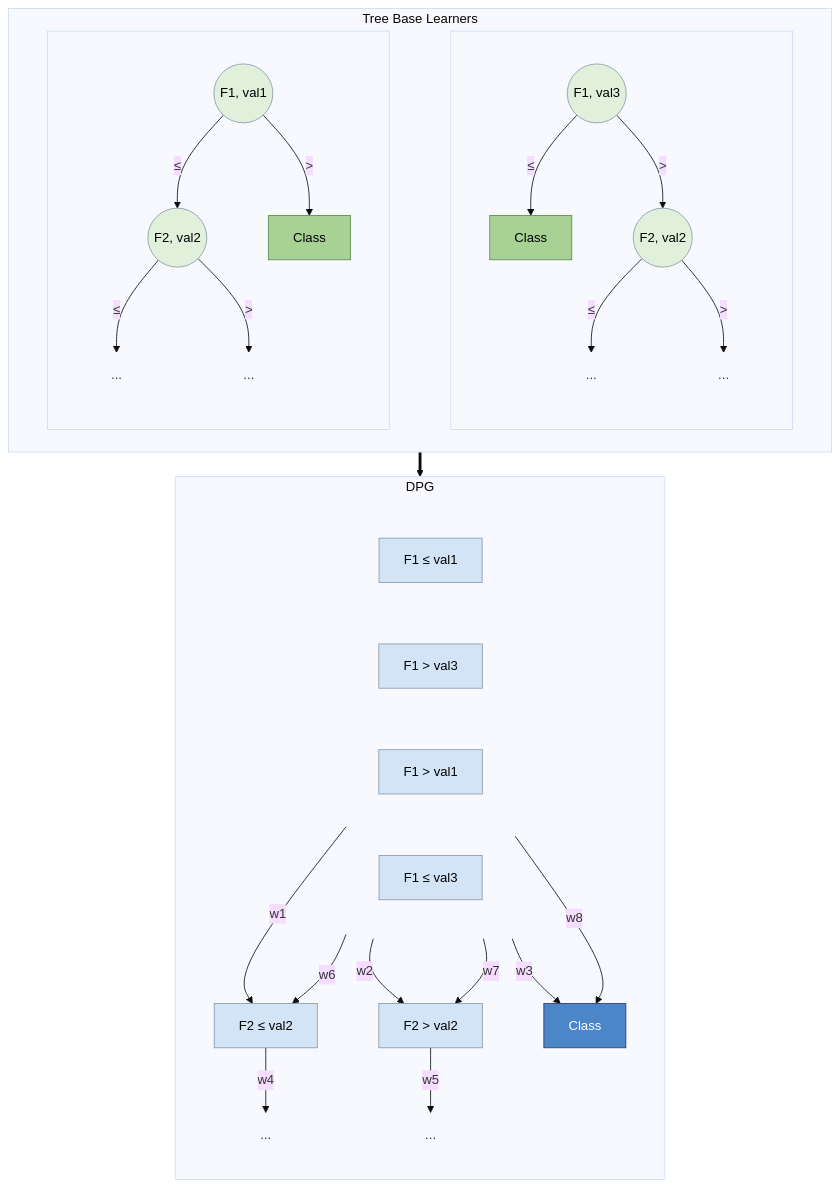
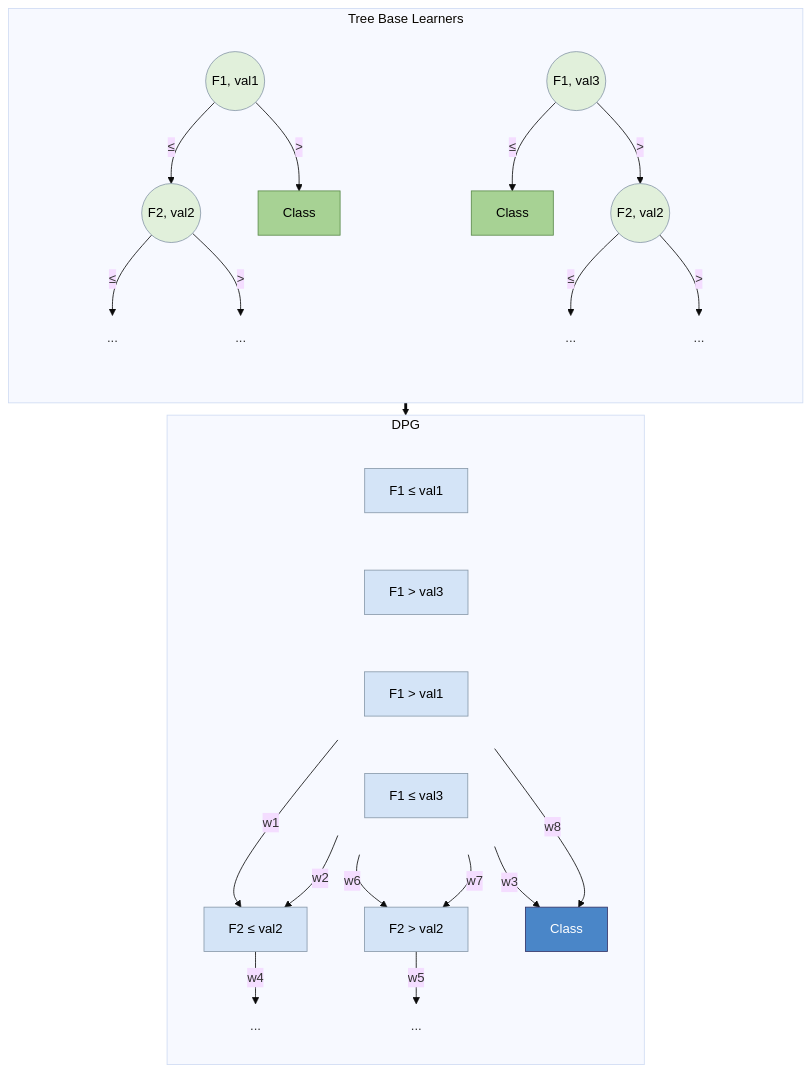
One commit to Meta-Group/DPG changed the diagram in README.md. Above: the diagram before and after it, drawn with Mermaid (base theme).

Commit message:
Adjust diagram node spacing

````diff
--- a/README.md
+++ b/README.md
@@ -29,5 +29,5 @@
 ```mermaid
-%%{init: {"flowchart": {"nodeSpacing": 75, "rankSpacing": 30}}}%%
+%%{init: {"flowchart": {"nodeSpacing": 70, "rankSpacing": 15}}}%%
 
 flowchart TB
     subgraph trees ["Tree Base Learners"]
@@ -81,8 +81,8 @@
         end
 
         A -- "w1" --> E
-        A -- "w2" --> FF
-        B -- "w6" --> E
+        A -- "w6" --> FF
+        B -- "w2" --> E
         B -- "w7" --> FF
         C -- "w3" --> G
         D -- "w8" --> G
@@ -109,4 +109,7 @@
     style EoutLL fill:transparent,stroke:transparent
     style EoutLR fill:transparent,stroke:transparent
     style EoutLR fill:transparent,stroke:transparent
+    style tree2 fill:transparent,stroke:transparent
+    style tree1 fill:transparent,stroke:transparent
+
 ```
````
